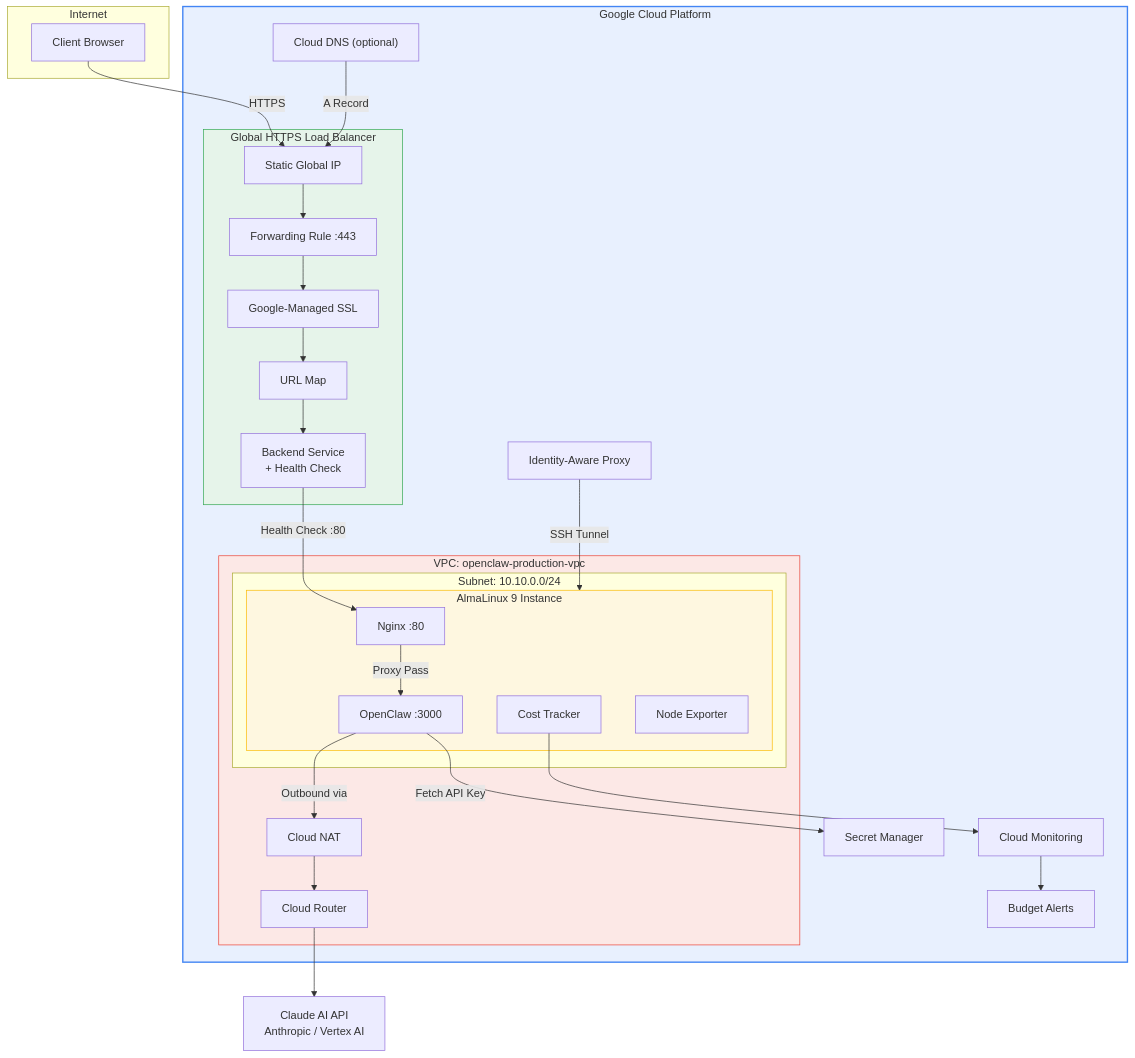
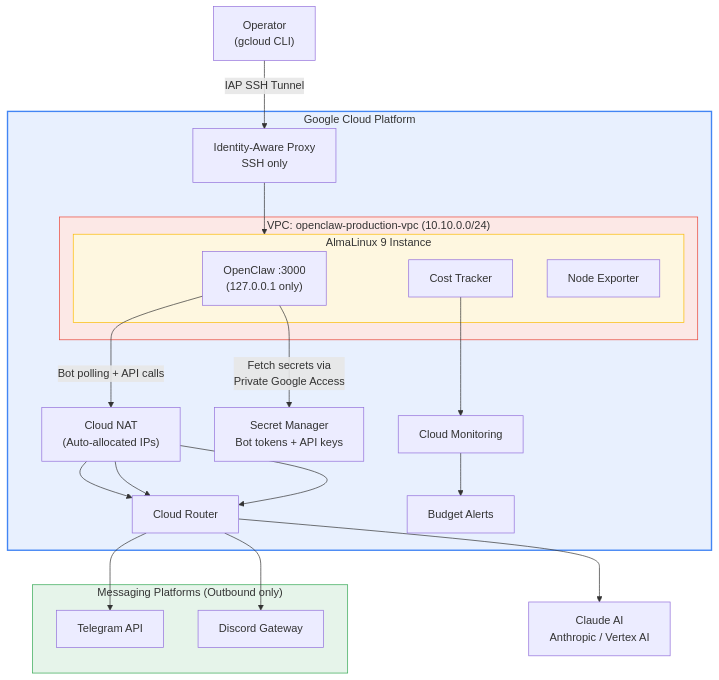
The first of 4 diagrams in docs/architecture.md (maziz00/openclaw-gcp), drawn with Mermaid before and after one commit. The commit also changed other lines of this file and 22 other files, not shown here.

Commit message:
(refactor): modify architecture - remove LB + Nginx + DNS

````diff
--- a/docs/architecture.md
+++ b/docs/architecture.md
@@ -9,55 +11,40 @@
 ```mermaid
 graph TB
-    subgraph Internet
-        Client["Client Browser"]
+    subgraph Messaging["Messaging Platforms (Outbound only)"]
+        Telegram["Telegram API"]
+        Discord["Discord Gateway"]
     end
 
     subgraph GCP["Google Cloud Platform"]
-        subgraph GLB["Global HTTPS Load Balancer"]
-            IP["Static Global IP"]
-            FWD["Forwarding Rule :443"]
-            Cert["Google-Managed SSL"]
-            URLMap["URL Map"]
-            BES["Backend Service<br/>+ Health Check"]
+        subgraph VPC["VPC: openclaw-production-vpc (10.10.0.0/24)"]
+            subgraph VM["AlmaLinux 9 Instance"]
+                OC["OpenClaw :3000\n(127.0.0.1 only)"]
+                CT["Cost Tracker"]
+                NE["Node Exporter"]
+            end
         end
 
-        subgraph VPC["VPC: openclaw-production-vpc"]
-            subgraph Subnet["Subnet: 10.10.0.0/24"]
-                subgraph VM["AlmaLinux 9 Instance"]
-                    Nginx["Nginx :80"]
-                    OC["OpenClaw :3000"]
-                    CT["Cost Tracker"]
-                    NE["Node Exporter"]
-                end
-            end
-
-            NAT["Cloud NAT"]
-            Router["Cloud Router"]
-        end
-
-        SM["Secret Manager"]
+        NAT["Cloud NAT\n(Auto-allocated IPs)"]
+        Router["Cloud Router"]
+        SM["Secret Manager\nBot tokens + API keys"]
         CM["Cloud Monitoring"]
         BA["Budget Alerts"]
-        IAP["Identity-Aware Proxy"]
-        DNS["Cloud DNS (optional)"]
+        IAP["Identity-Aware Proxy\nSSH only"]
     end
 
-    ExtAPI["Claude AI API<br/>Anthropic / Vertex AI"]
+    ExtAPI["Claude AI\nAnthropic / Vertex AI"]
+    Operator["Operator\n(gcloud CLI)"]
 
-    Client -->|HTTPS| IP
-    IP --> FWD --> Cert --> URLMap --> BES
-    BES -->|Health Check :80| Nginx
-    Nginx -->|Proxy Pass| OC
-    OC -->|Fetch API Key| SM
-    OC -->|Outbound via| NAT
+    OC -->|Bot polling + API calls| NAT
+    NAT --> Router --> Telegram
+    NAT --> Router --> Discord
     NAT --> Router --> ExtAPI
-    CT --> CM
-    CM --> BA
-    IAP -->|SSH Tunnel| VM
-    DNS -->|A Record| IP
+    OC -->|Fetch secrets via\nPrivate Google Access| SM
+    CT --> CM --> BA
+    Operator -->|IAP SSH Tunnel| IAP --> VM
 
     style GCP fill:#e8f0fe,stroke:#4285f4,stroke-width:2px
     style VPC fill:#fce8e6,stroke:#ea4335,stroke-width:1px
-    style GLB fill:#e6f4ea,stroke:#34a853,stroke-width:1px
     style VM fill:#fef7e0,stroke:#fbbc04,stroke-width:1px
+    style Messaging fill:#e6f4ea,stroke:#34a853,stroke-width:1px
 ```
````
